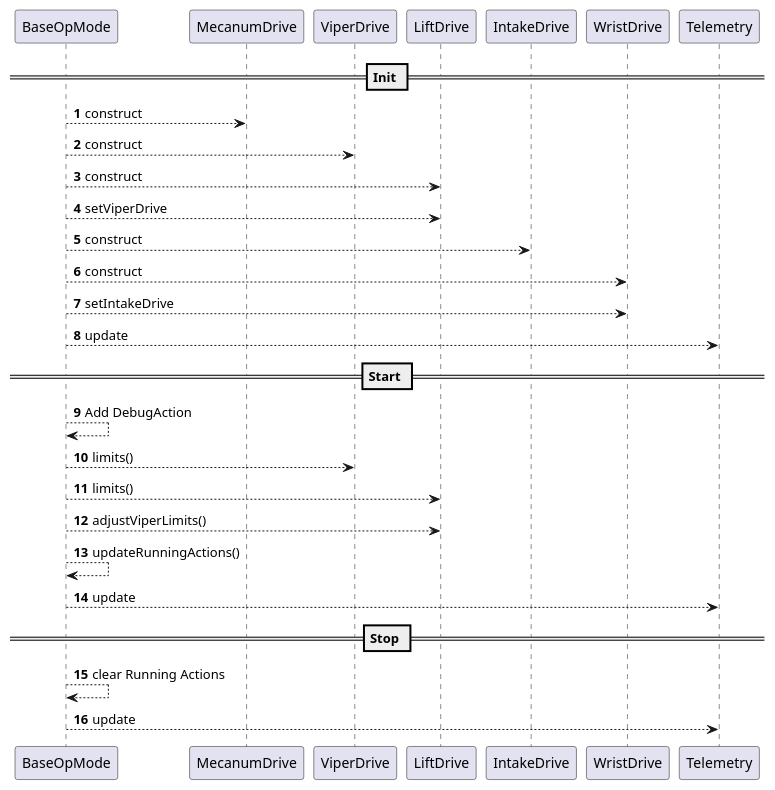
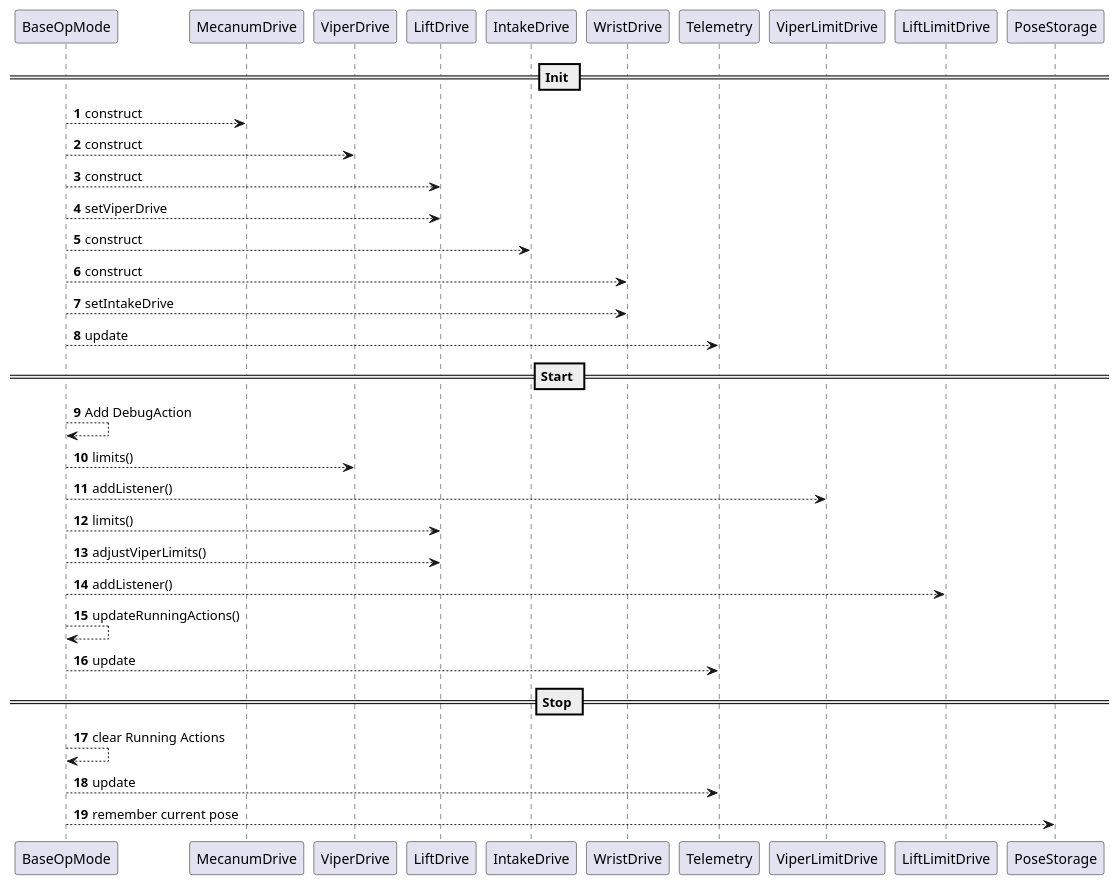
Before and after one commit to FTC14691-MechanicalMafia/2024_25_InToTheDeep_14691: the diagram in TeamCode/src/main/java/org/firstinspires/ftc/teamcode/mm14691/BaseOpMode.puml, drawn with PlantUML. The commit also changed 4 other files, not shown here.

Commit message:
Updating the diagrams with the limit drive

```diff
--- a/TeamCode/src/main/java/org/firstinspires/ftc/teamcode/mm14691/BaseOpMode.puml
+++ b/TeamCode/src/main/java/org/firstinspires/ftc/teamcode/mm14691/BaseOpMode.puml
@@ -1,28 +1,31 @@
 @startuml
 'https://plantuml.com/sequence-diagram
 
 autonumber
 
 == Init ==
 BaseOpMode --> MecanumDrive: construct
 BaseOpMode --> ViperDrive: construct
 BaseOpMode --> LiftDrive: construct
 BaseOpMode --> LiftDrive: setViperDrive
 BaseOpMode --> IntakeDrive: construct
 BaseOpMode --> WristDrive: construct
 BaseOpMode --> WristDrive: setIntakeDrive
 BaseOpMode --> Telemetry: update
 
 == Start ==
 BaseOpMode --> BaseOpMode: Add DebugAction
 BaseOpMode --> ViperDrive: limits()
+BaseOpMode --> ViperLimitDrive: addListener()
 BaseOpMode --> LiftDrive: limits()
 BaseOpMode --> LiftDrive: adjustViperLimits()
+BaseOpMode --> LiftLimitDrive: addListener()
 BaseOpMode --> BaseOpMode: updateRunningActions()
 BaseOpMode --> Telemetry: update
 
 == Stop ==
 BaseOpMode --> BaseOpMode: clear Running Actions
 BaseOpMode --> Telemetry: update
+BaseOpMode --> PoseStorage: remember current pose
 
 @enduml
```
